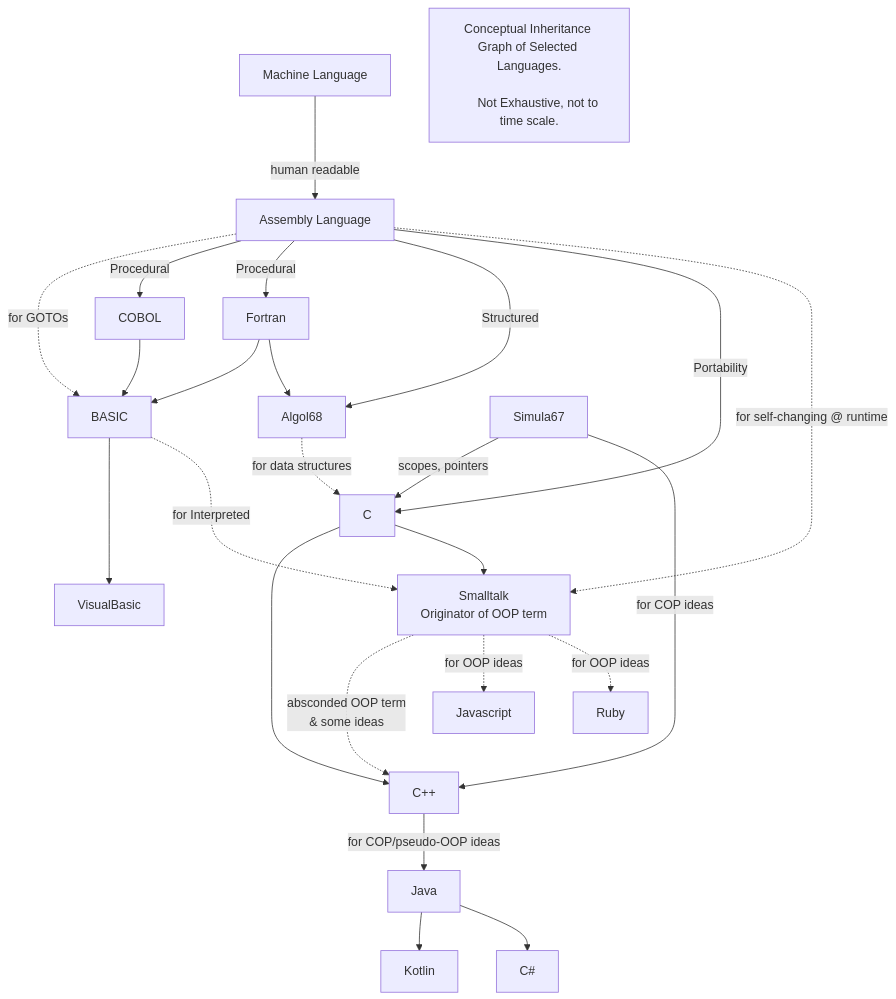
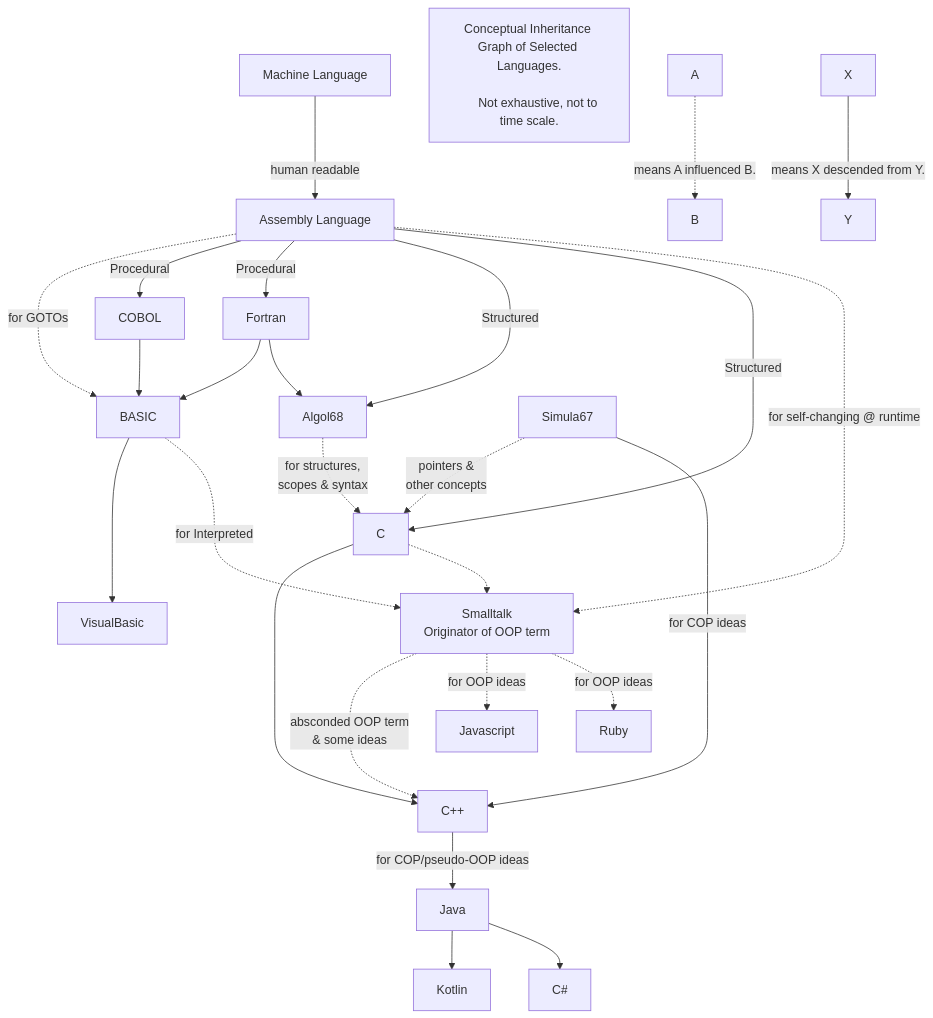
One commit to realityexpander/How_to_program_from_ground_up changed the diagram in 13-Conclusion.md. Above: the diagram before and after it, drawn with Mermaid.

Commit message:
Add Guide

````diff
--- a/13-Conclusion.md
+++ b/13-Conclusion.md
@@ -23,33 +23,38 @@
   ```mermaid
     graph TB
         MachineLanguage[Machine Language] -->|human readable| AssemblyLanguage
         AssemblyLanguage[Assembly Language] -.->|for GOTOs|Basic
         AssemblyLanguage[Assembly Language] -->|Procedural|COBOL
         AssemblyLanguage[Assembly Language] -->|Procedural|Fortran
         AssemblyLanguage[Assembly Language] -->|Structured|Algol68
-        AssemblyLanguage[Assembly Language] -->|Portability|C
+        AssemblyLanguage[Assembly Language] -->|Structured|C
         COBOL["COBOL"] -->Basic
         Basic["BASIC"] ---> VisualBasic
         Fortran["Fortran"] -->Basic
-        Algol68[Algol68] -.->|for data structures|C
-        Simula67["Simula67"] -->|scopes, pointers|C
+        Algol68[Algol68] -.->|for structures, 
+                             scopes & syntax|C
+        Simula67["Simula67"] -.->|pointers & 
+                                  other concepts|C
         C["C"] -->Cplusplus
-        C -->Smalltalk
-        Simula67 --->|for COP ideas|Cplusplus
+        C -.->Smalltalk
+        Simula67 -->|for COP ideas|Cplusplus
         Cplusplus["C++"] -->|for COP/pseudo-OOP ideas|Java
         Smalltalk -..->|absconded OOP term 
                         & some ideas|Cplusplus
         Java[Java] -->Kotlin
         Java -->CSharp
         CSharp["C#"]
         Fortran -->Algol68
         Smalltalk["Smalltalk
                   Originator of OOP term"] -.->|for OOP ideas|Javascript
         Smalltalk -.->|for OOP ideas|Ruby
         Basic -.-> |for Interpreted|Smalltalk
         AssemblyLanguage-.->|for self-changing @ runtime|Smalltalk
     
     Note["Conceptual Inheritance Graph of Selected Languages.
           
-          Not Exhaustive, not to time scale."]
+          Not exhaustive, not to time scale."]
+    A -.-> |means A influenced B.| B
+    X --> |means X descended from Y.| Y
+    
   ```
````
